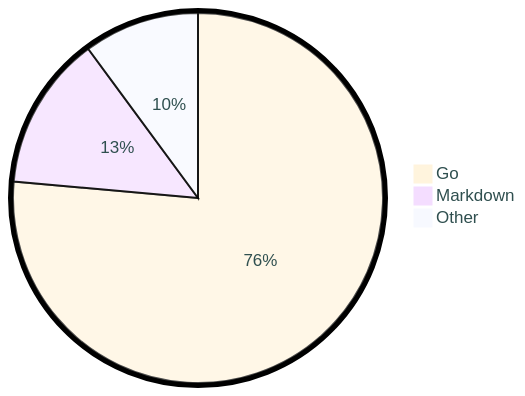
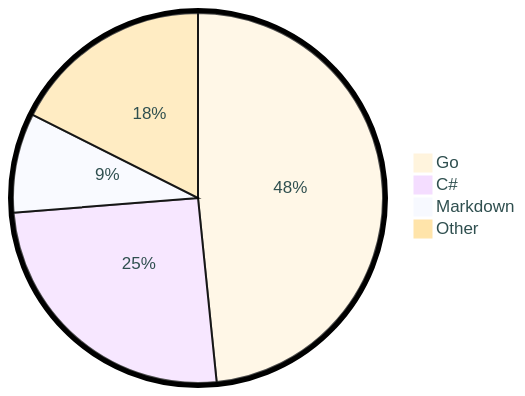
One commit to tot0p/tot0p changed the diagram in README.md. Above: the diagram before and after it, drawn with Mermaid. The commit also changed other lines of this file, not shown here.

````diff
--- a/README.md
+++ b/README.md
@@ -81,7 +82,8 @@
 ```mermaid
 %%{init: {"pie": {"textPosition": 0.5}, "themeVariables": {"pieOuterStrokeWidth": "5px","primaryTextColor" : "#2F4F4F"},"theme":"base"} }%%
 pie
-	"Go": 76.41
-	"Markdown": 13.48
-	"Other": 10.1
+	"Go": 48.39
+	"C#": 25.34
+	"Markdown": 8.69
+	"Other": 17.580000000000002
 ```
````
